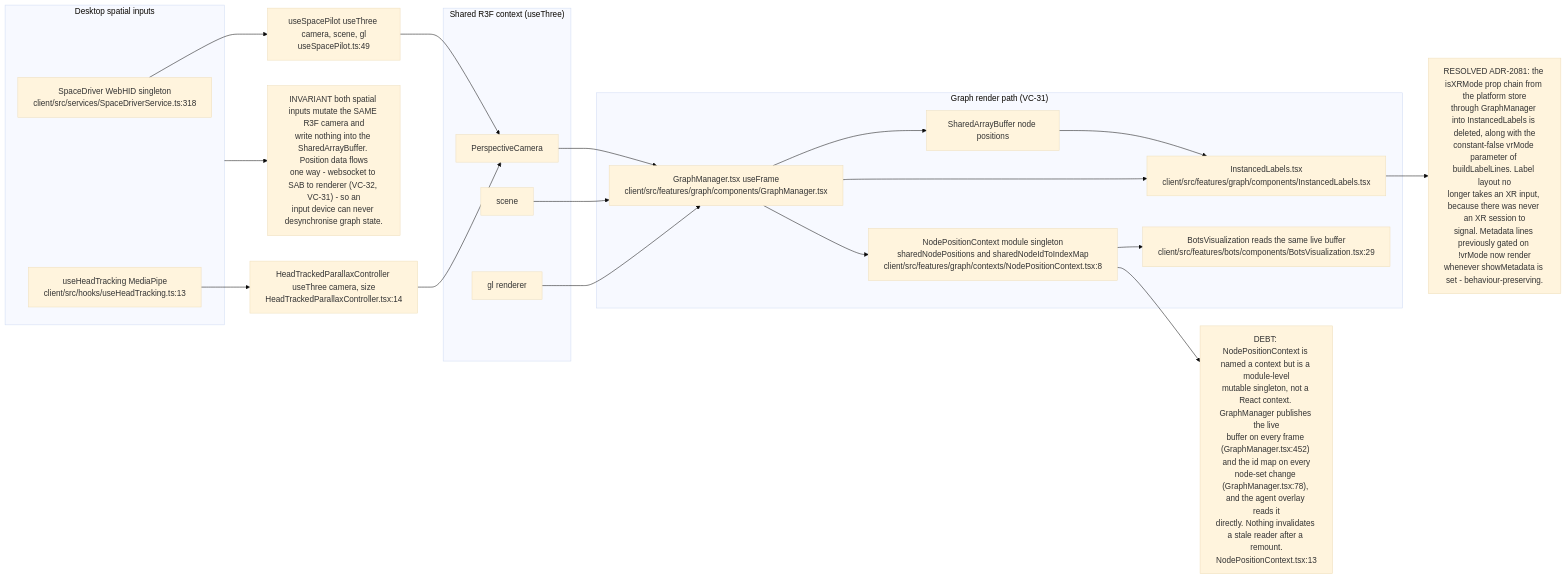
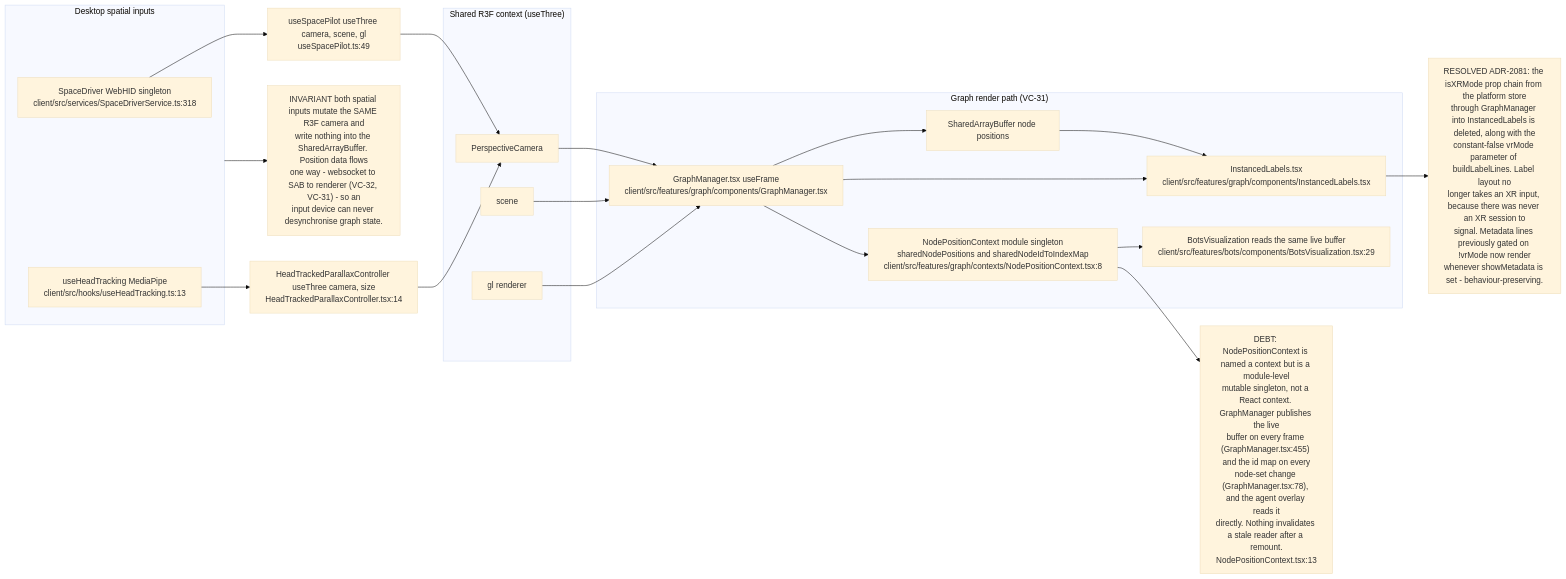
Before and after one commit to DreamLab-AI/VisionFlow: the seventh of 11 diagrams in docs/diagrams/visionclaw/37-browser-xr-and-desktop-input.md, drawn with Mermaid (base theme). The commit also changed other lines of this file and 5 other files, not shown here.

First line of the commit message:
docs(diagrams): re-stamp VC-37 at d6c091f0f with the drag heartbeat (VC-37.11); twin spring loop Debt (VC-54.4); dangling ADR-03 D7 Drift (VC-52)

````diff
--- a/docs/diagrams/visionclaw/37-browser-xr-and-desktop-input.md
+++ b/docs/diagrams/visionclaw/37-browser-xr-and-desktop-input.md
@@ -296,35 +300,35 @@
 ```mermaid
 flowchart LR
     subgraph inputs["Desktop spatial inputs"]
         SP["SpaceDriver WebHID singleton<br/>client/src/services/SpaceDriverService.ts:318"]
         HT["useHeadTracking MediaPipe<br/>client/src/hooks/useHeadTracking.ts:13"]
     end
     subgraph r3f["Shared R3F context (useThree)"]
         CAM["PerspectiveCamera"]
         SCN["scene"]
         GL["gl renderer"]
     end
     subgraph graph["Graph render path (VC-31)"]
         GMx["GraphManager.tsx useFrame<br/>client/src/features/graph/components/GraphManager.tsx"]
         SAB["SharedArrayBuffer node positions"]
         ILx["InstancedLabels.tsx<br/>client/src/features/graph/components/InstancedLabels.tsx"]
         NPC["NodePositionContext module singleton<br/>sharedNodePositions and sharedNodeIdToIndexMap<br/>client/src/features/graph/contexts/NodePositionContext.tsx:8"]
         BVx["BotsVisualization reads the same live buffer<br/>client/src/features/bots/components/BotsVisualization.tsx:29"]
     end
     SP --> HKx["useSpacePilot useThree camera, scene, gl<br/>useSpacePilot.ts:49"] --> CAM
     HT --> HPCx["HeadTrackedParallaxController useThree camera, size<br/>HeadTrackedParallaxController.tsx:14"] --> CAM
     CAM --> GMx
     SCN --> GMx
     GL --> GMx
     GMx --> SAB
     SAB --> ILx
     GMx --> ILx
     GMx --> NPC
     NPC --> BVx
     ILx --> NOTE1
     NOTE1["RESOLVED ADR-2081: the isXRMode prop chain from the platform store<br/>through GraphManager into InstancedLabels is deleted, along with the<br/>constant-false vrMode parameter of buildLabelLines. Label layout no<br/>longer takes an XR input, because there was never an XR session to<br/>signal. Metadata lines previously gated on !vrMode now render<br/>whenever showMetadata is set - behaviour-preserving."]
     inputs --> NOTE2
     NOTE2["INVARIANT both spatial inputs mutate the SAME R3F camera and<br/>write nothing into the SharedArrayBuffer. Position data flows<br/>one way - websocket to SAB to renderer (VC-32, VC-31) - so an<br/>input device can never desynchronise graph state."]
     NPC --> NOTE3
-    NOTE3["DEBT: NodePositionContext is named a context but is a module-level<br/>mutable singleton, not a React context. GraphManager publishes the live<br/>buffer on every frame (GraphManager.tsx:452) and the id map on every<br/>node-set change (GraphManager.tsx:78), and the agent overlay reads it<br/>directly. Nothing invalidates a stale reader after a remount.<br/>NodePositionContext.tsx:13"]
+    NOTE3["DEBT: NodePositionContext is named a context but is a module-level<br/>mutable singleton, not a React context. GraphManager publishes the live<br/>buffer on every frame (GraphManager.tsx:455) and the id map on every<br/>node-set change (GraphManager.tsx:78), and the agent overlay reads it<br/>directly. Nothing invalidates a stale reader after a remount.<br/>NodePositionContext.tsx:13"]
 ```
````
